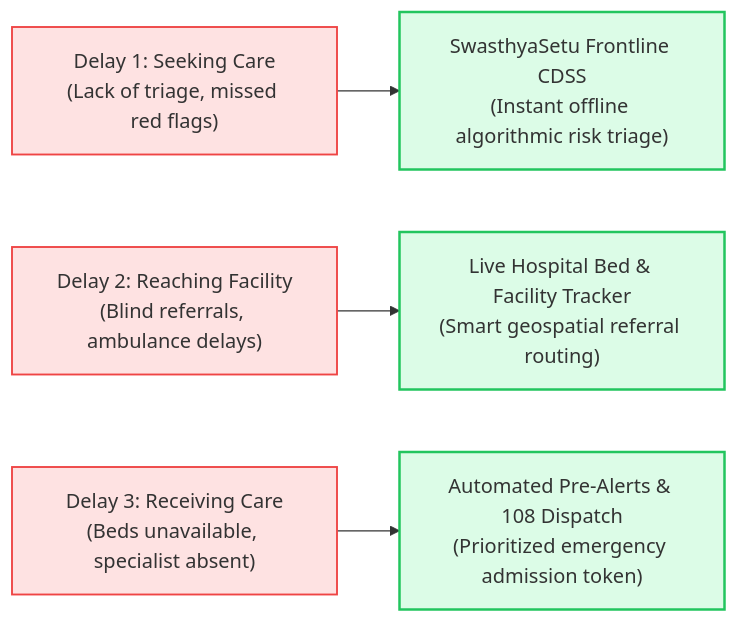
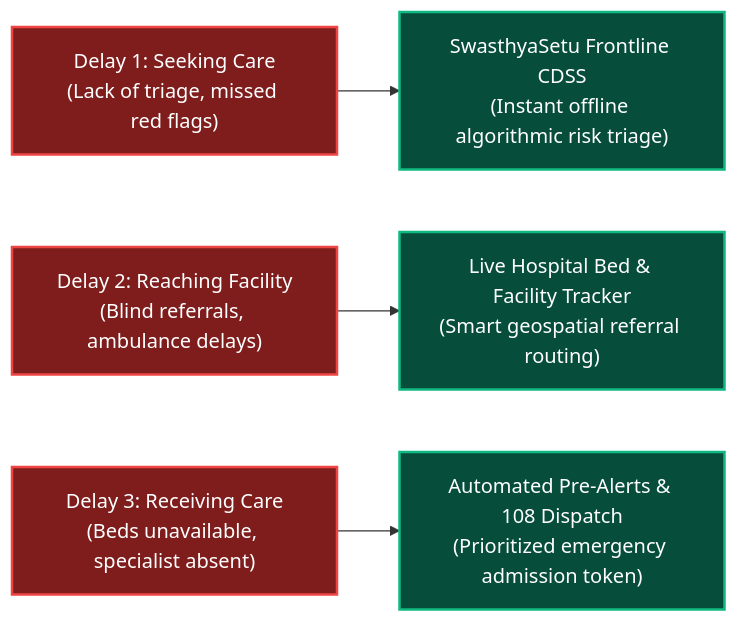
Before and after one commit to chandra-1402/SwasthyaSetu: the first of 7 diagrams in TECHNICAL_DESIGN.md, drawn with Mermaid. The commit also changed other lines of this file and 2 other files, not shown here.

Commit message:
style: enhance Mermaid diagrams with high-contrast colors and white text for GitHub dark/light mode

````diff
--- a/TECHNICAL_DESIGN.md
+++ b/TECHNICAL_DESIGN.md
@@ -15,17 +15,17 @@
 ```mermaid
 flowchart LR
     D1["Delay 1: Seeking Care\n(Lack of triage, missed red flags)"]
     D2["Delay 2: Reaching Facility\n(Blind referrals, ambulance delays)"]
     D3["Delay 3: Receiving Care\n(Beds unavailable, specialist absent)"]
 
     D1 --> S1["SwasthyaSetu Frontline CDSS\n(Instant offline algorithmic risk triage)"]
     D2 --> S2["Live Hospital Bed & Facility Tracker\n(Smart geospatial referral routing)"]
     D3 --> S3["Automated Pre-Alerts & 108 Dispatch\n(Prioritized emergency admission token)"]
 
-    style D1 fill:#fee2e2,stroke:#ef4444,stroke-width:1.5px
-    style D2 fill:#fee2e2,stroke:#ef4444,stroke-width:1.5px
-    style D3 fill:#fee2e2,stroke:#ef4444,stroke-width:1.5px
-    style S1 fill:#dcfce7,stroke:#22c55e,stroke-width:2px
-    style S2 fill:#dcfce7,stroke:#22c55e,stroke-width:2px
-    style S3 fill:#dcfce7,stroke:#22c55e,stroke-width:2px
+    style D1 fill:#7f1d1d,stroke:#ef4444,stroke-width:2px,color:#ffffff
+    style D2 fill:#7f1d1d,stroke:#ef4444,stroke-width:2px,color:#ffffff
+    style D3 fill:#7f1d1d,stroke:#ef4444,stroke-width:2px,color:#ffffff
+    style S1 fill:#064e3b,stroke:#10b981,stroke-width:2px,color:#ffffff
+    style S2 fill:#064e3b,stroke:#10b981,stroke-width:2px,color:#ffffff
+    style S3 fill:#064e3b,stroke:#10b981,stroke-width:2px,color:#ffffff
 ```
````
